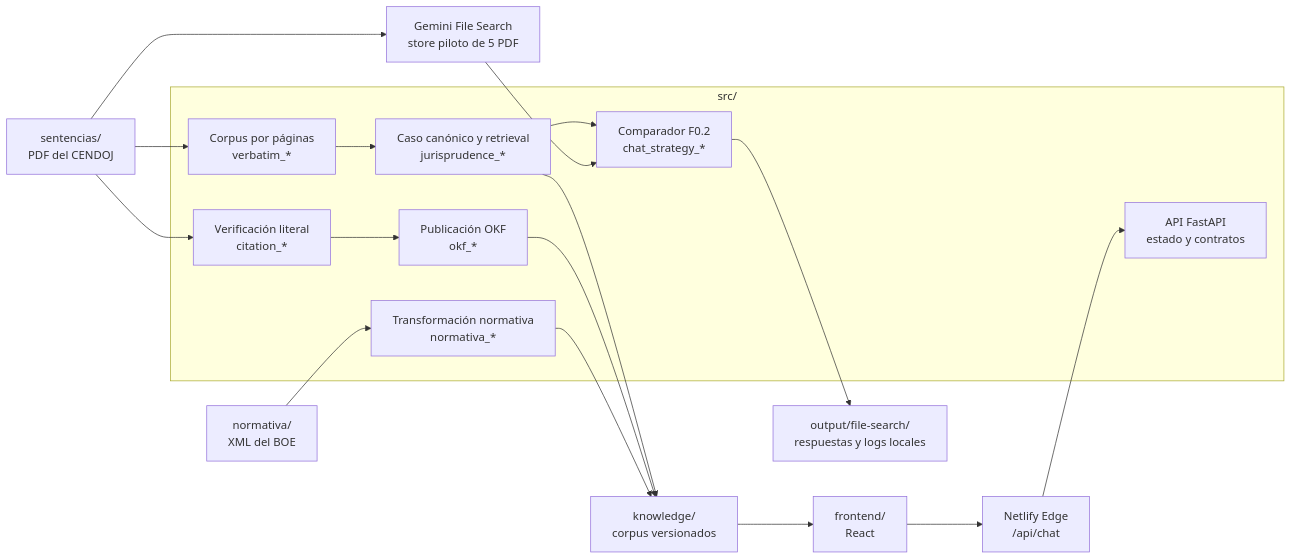
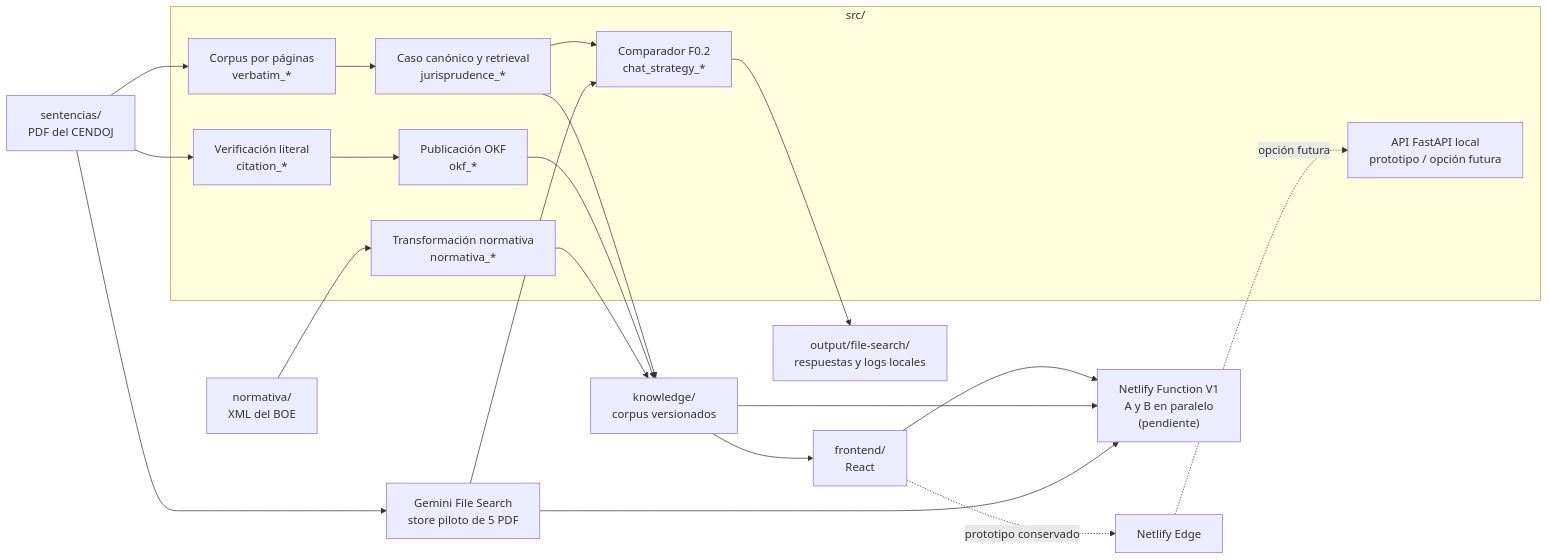
Before and after one commit to jmgb/residenciafiscal: the diagram in docs/ARCHITECTURE.md, drawn with Mermaid. The commit also changed other lines of this file and 7 other files, not shown here.

Commit message:
docs(chat): fija Netlify Functions como arquitectura V1

````diff
--- a/docs/ARCHITECTURE.md
+++ b/docs/ARCHITECTURE.md
@@ -13,30 +13,33 @@
 ```mermaid
 flowchart LR
     PDF["sentencias/<br/>PDF del CENDOJ"]
     BOE["normativa/<br/>XML del BOE"] --> NORM
     PDF --> FILESEARCH["Gemini File Search<br/>store piloto de 5 PDF"]
 
     subgraph PYTHON["src/"]
-        API["API FastAPI<br/>estado y contratos"]
+        API["API FastAPI local<br/>prototipo / opción futura"]
         CITES["Verificación literal<br/>citation_*"]
         CASES["Caso canónico y retrieval<br/>jurisprudence_*"]
         OKF["Publicación OKF<br/>okf_*"]
         VERBATIM["Corpus por páginas<br/>verbatim_*"]
         NORM["Transformación normativa<br/>normativa_*"]
         CHAT["Comparador F0.2<br/>chat_strategy_*"]
     end
 
     PDF --> CITES
     CITES --> OKF
     PDF --> VERBATIM
     VERBATIM --> CASES
     CASES --> CHAT
     FILESEARCH --> CHAT
     CHAT --> CHATOUT["output/file-search/<br/>respuestas y logs locales"]
     CASES --> KNOWLEDGE["knowledge/<br/>corpus versionados"]
     OKF --> KNOWLEDGE
     NORM --> KNOWLEDGE
     KNOWLEDGE --> WEB["frontend/<br/>React"]
-    WEB --> EDGE["Netlify Edge<br/>/api/chat"]
-    EDGE --> API
+    WEB --> FUNCTION["Netlify Function V1<br/>A y B en paralelo<br/>(pendiente)"]
+    KNOWLEDGE --> FUNCTION
+    FILESEARCH --> FUNCTION
+    WEB -. prototipo conservado .-> EDGE["Netlify Edge"]
+    EDGE -. opción futura .-> API
 ```
````
